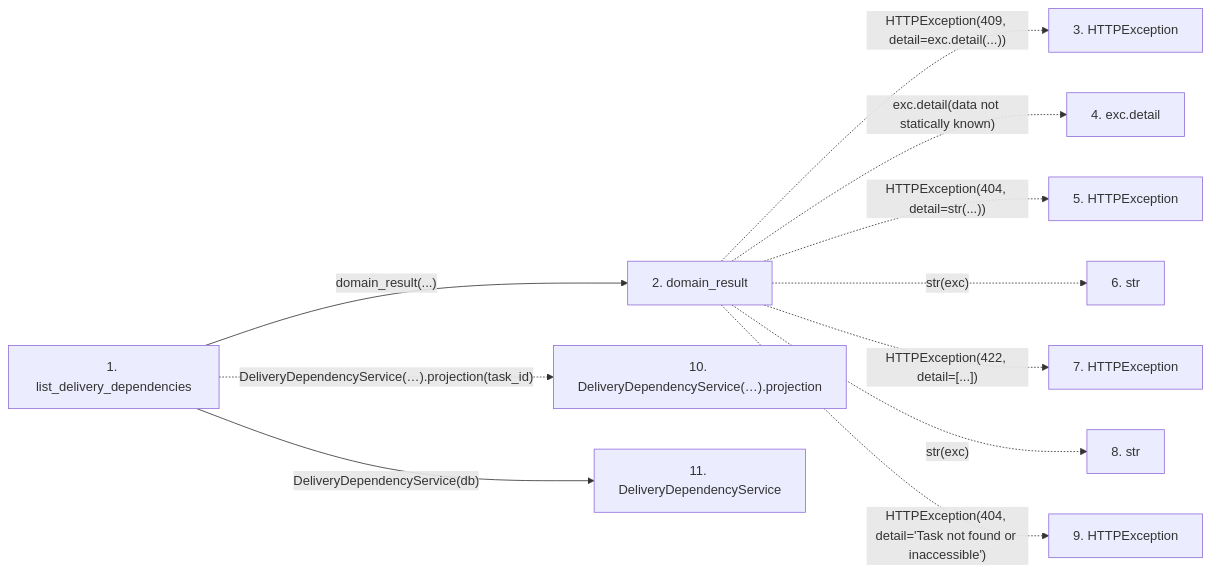
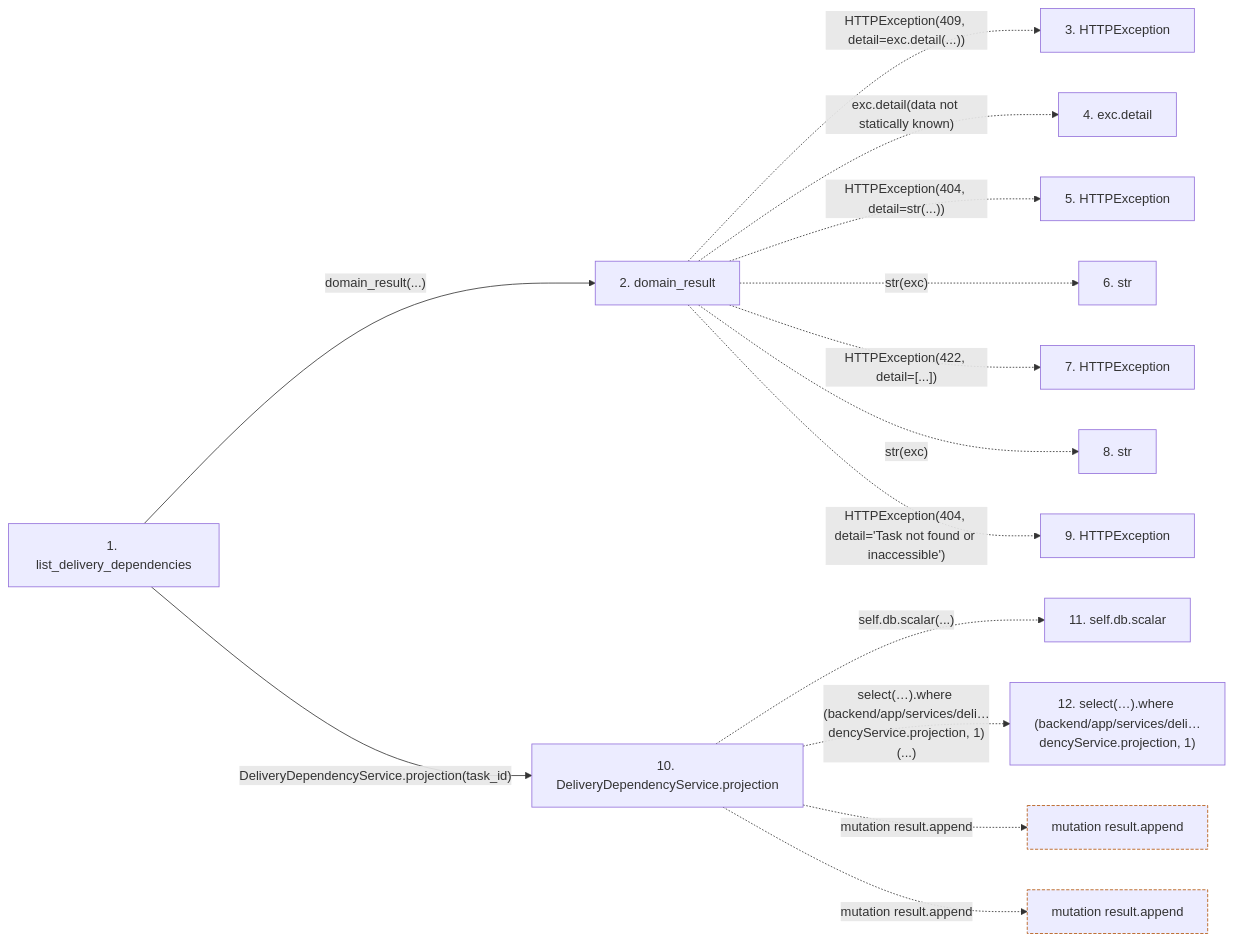
Before and after one commit to Denissvgn/WorkChord: the second of 2 diagrams in docs/llm_wiki/flows/http-list_delivery_dependencies.md, drawn with Mermaid. The commit also changed other lines of this file and 25171 other files, not shown here.

````diff
--- a/docs/llm_wiki/flows/http-list_delivery_dependencies.md
+++ b/docs/llm_wiki/flows/http-list_delivery_dependencies.md
@@ -34,27 +127,36 @@
 ```mermaid
 flowchart LR
     s1["1. list_delivery_dependencies"]
     s2["2. domain_result"]
     s3["3. HTTPException"]
     s4["4. exc.detail"]
     s5["5. HTTPException"]
     s6["6. str"]
     s7["7. HTTPException"]
     s8["8. str"]
     s9["9. HTTPException"]
-    s10["10. DeliveryDependencyService(…).projection"]
-    s11["11. DeliveryDependencyService"]
+    s10["10. DeliveryDependencyService.projection"]
+    s11["11. self.db.scalar"]
+    s12["12. select(…).where (backend/app/services/deli…dencyService.projection, 1)"]
     s1 -->|"domain_result(...)"| s2
     s2 -. "HTTPException(409, detail=exc.detail(...))" .-> s3
     s2 -. "exc.detail(data not statically known)" .-> s4
     s2 -. "HTTPException(404, detail=str(...))" .-> s5
     s2 -. "str(exc)" .-> s6
     s2 -. "HTTPException(422, detail=[...])" .-> s7
     s2 -. "str(exc)" .-> s8
     s2 -. "HTTPException(404, detail='Task not found or inaccessible')" .-> s9
-    s1 -. "DeliveryDependencyService(…).projection(task_id)" .-> s10
-    s1 -->|"DeliveryDependencyService(db)"| s11
+    s1 -->|"DeliveryDependencyService.projection(task_id)"| s10
+    s10 -. "self.db.scalar(...)" .-> s11
+    s10 -. "select(…).where (backend/app/services/deli…dencyService.projection, 1)(...)" .-> s12
+    b0["mutation result.append"]
+    s10 -. "mutation result.append" .-> b0
+    b1["mutation result.append"]
+    s10 -. "mutation result.append" .-> b1
     click s1 "../modules/delivery_dependencies.md"
     click s2 "../modules/routers_task_domain.md"
-    click s11 "../modules/delivery_dependency_service.md"
+    click s10 "../modules/delivery_dependency_service.md"
+    classDef boundary stroke:#b45309,stroke-dasharray: 4 2
+    class b0 boundary
+    class b1 boundary
 ```
````
